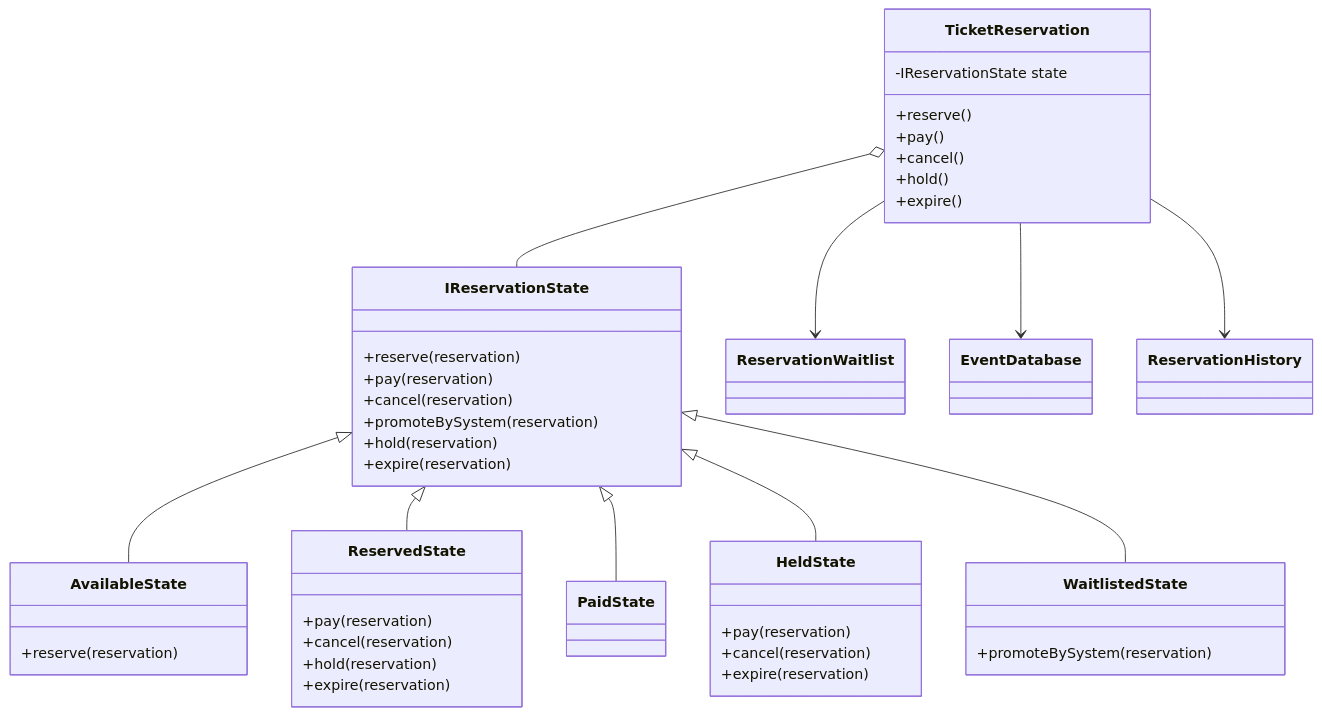
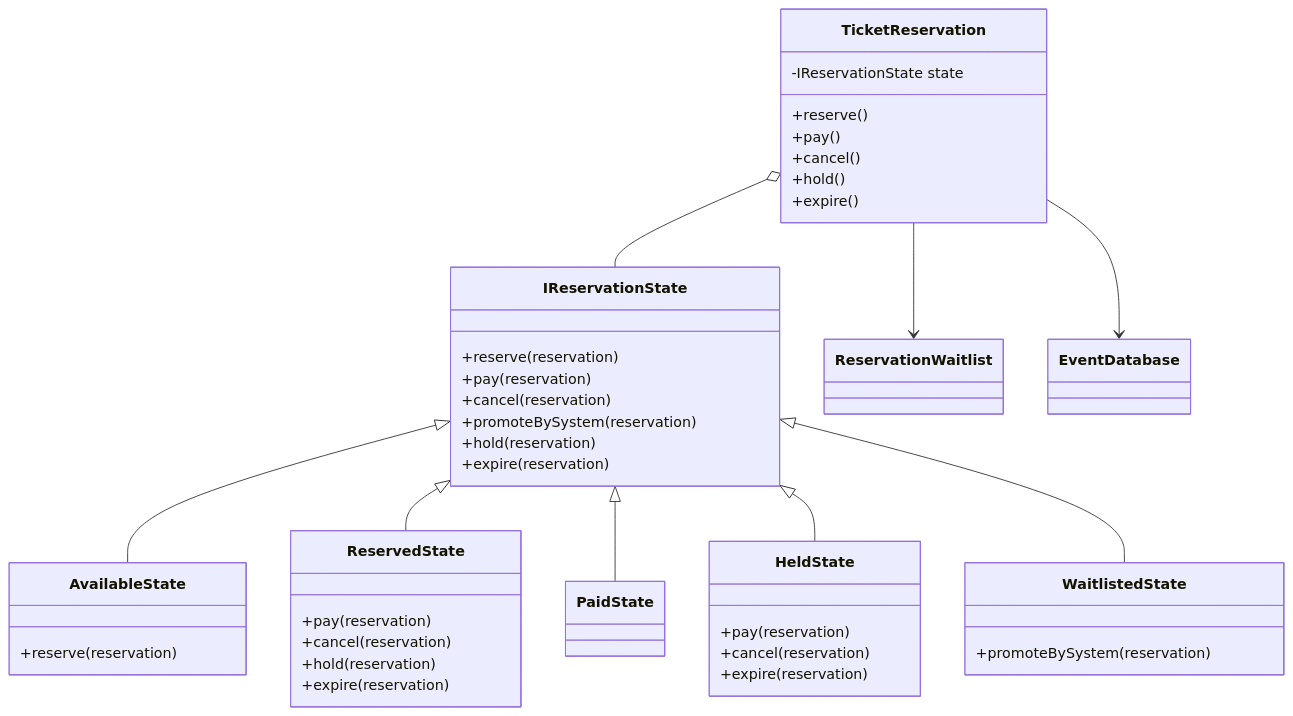
One commit to kumachan1101-pixel/DesignPattern changed diagram 20 of 20 in kindle/design-patterns/books/volume01-core-patterns/output/04-chapter02.md. Above: the diagram before and after it, drawn with Mermaid. The commit also changed other lines of this file and 40 other files, not shown here.

````diff
--- a/kindle/design-patterns/books/volume01-core-patterns/output/04-chapter02.md
+++ b/kindle/design-patterns/books/volume01-core-patterns/output/04-chapter02.md
@@ -3216,50 +3156,48 @@
 ```mermaid
 classDiagram
     direction TB
     class TicketReservation {
         -IReservationState state
         +reserve()
         +pay()
         +cancel()
         +hold()
         +expire()
     }
     class IReservationState {
         +reserve(reservation)
         +pay(reservation)
         +cancel(reservation)
         +promoteBySystem(reservation)
         +hold(reservation)
         +expire(reservation)
     }
     class AvailableState {
         +reserve(reservation)
     }
     class ReservedState {
         +pay(reservation)
         +cancel(reservation)
         +hold(reservation)
         +expire(reservation)
     }
     class PaidState
     class HeldState {
         +pay(reservation)
         +cancel(reservation)
         +expire(reservation)
     }
     class WaitlistedState {
         +promoteBySystem(reservation)
     }
     class ReservationWaitlist
     class EventDatabase
-    class ReservationHistory
     TicketReservation --> ReservationWaitlist
     TicketReservation --> EventDatabase
-    TicketReservation --> ReservationHistory
     TicketReservation o-- IReservationState
     IReservationState <|-- AvailableState
     IReservationState <|-- ReservedState
     IReservationState <|-- PaidState
     IReservationState <|-- HeldState
     IReservationState <|-- WaitlistedState
 ```
````
